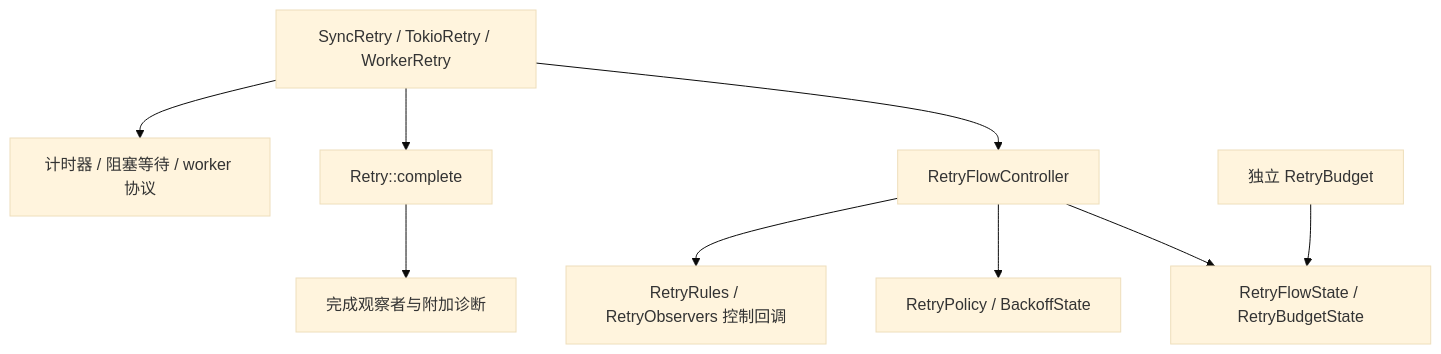
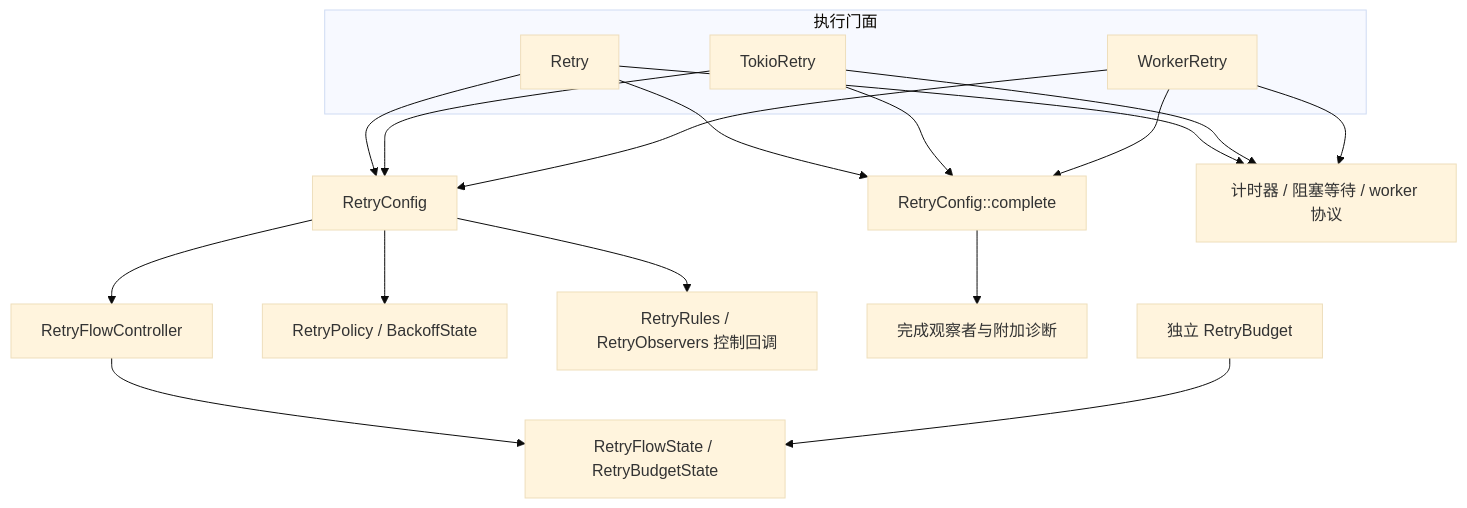
The diagram in doc/design.zh_CN.md (qubit-ltd/rs-retry), drawn with Mermaid (base theme) before and after one commit. The commit also changed other lines of this file and 57 other files, not shown here.

First line of the commit message:
refactor(api): introduce RetryConfig and rename SyncRetry to Retry

````diff
--- a/doc/design.zh_CN.md
+++ b/doc/design.zh_CN.md
@@ -12,11 +12,23 @@
 ```mermaid
 flowchart TD
-    F[SyncRetry / TokioRetry / WorkerRetry] --> C[RetryFlowController]
+    subgraph executors [执行门面]
+        F1[Retry]
+        F2[TokioRetry]
+        F3[WorkerRetry]
+    end
+    F1 --> CFG[RetryConfig]
+    F2 --> CFG
+    F3 --> CFG
+    CFG --> C[RetryFlowController]
     C --> S[RetryFlowState / RetryBudgetState]
-    C --> P[RetryPolicy / BackoffState]
-    C --> O[RetryRules / RetryObservers 控制回调]
-    F --> R[Retry::complete]
+    CFG --> P[RetryPolicy / BackoffState]
+    CFG --> O[RetryRules / RetryObservers 控制回调]
+    F1 --> R[RetryConfig::complete]
+    F2 --> R
+    F3 --> R
     R --> D[完成观察者与附加诊断]
-    F --> W[计时器 / 阻塞等待 / worker 协议]
+    F1 --> W[计时器 / 阻塞等待 / worker 协议]
+    F2 --> W
+    F3 --> W
     B[独立 RetryBudget] --> S
 ```
````
